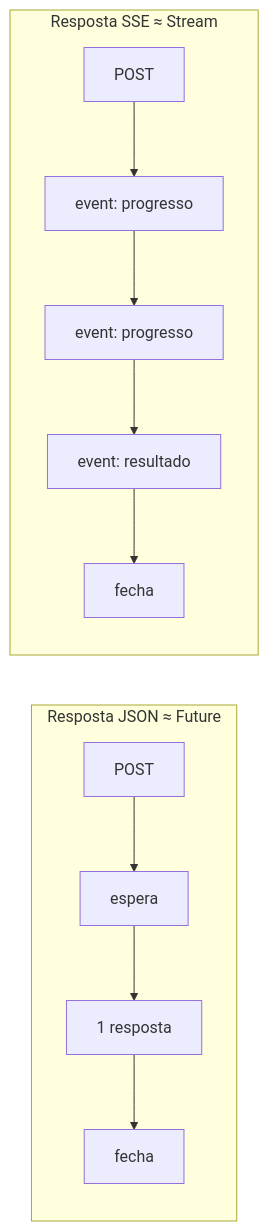
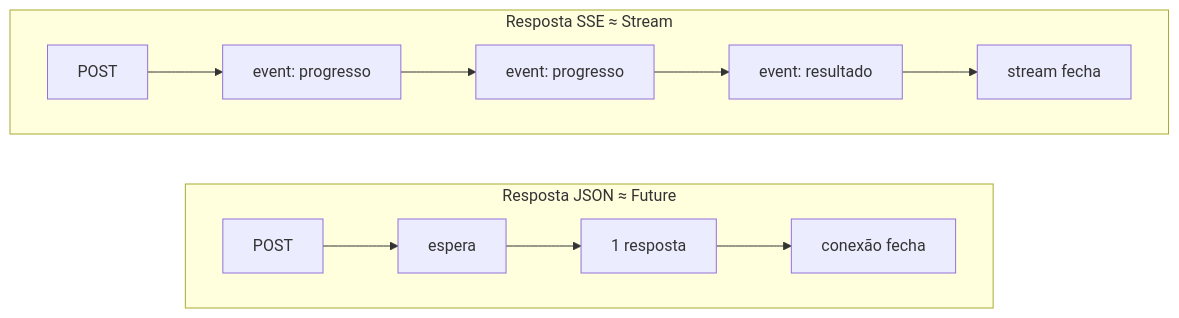
The third of 5 diagrams in notas/02-transportes.md (FloraRosaPupo/mcp-estudos), drawn with Mermaid before and after one commit. The commit also changed other lines of this file and 11 other files, not shown here.

````diff
--- a/notas/02-transportes.md
+++ b/notas/02-transportes.md
@@ -29,9 +51,11 @@
 ```mermaid
 flowchart LR
     subgraph JSON["Resposta JSON ≈ Future"]
-        J1[POST] --> J2[espera] --> J3[1 resposta] --> J4[fecha]
+        direction LR
+        J1[POST] --> J2[espera] --> J3[1 resposta] --> J4[conexão fecha]
     end
     subgraph SSE["Resposta SSE ≈ Stream"]
-        S1[POST] --> S2[event: progresso] --> S3[event: progresso] --> S4[event: resultado] --> S5[fecha]
+        direction LR
+        S1[POST] --> S2["event: progresso"] --> S3["event: progresso"] --> S4["event: resultado"] --> S5[stream fecha]
     end
 ```
````
